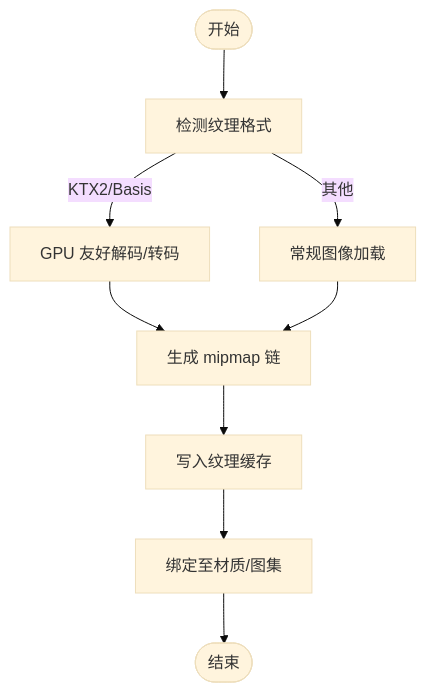
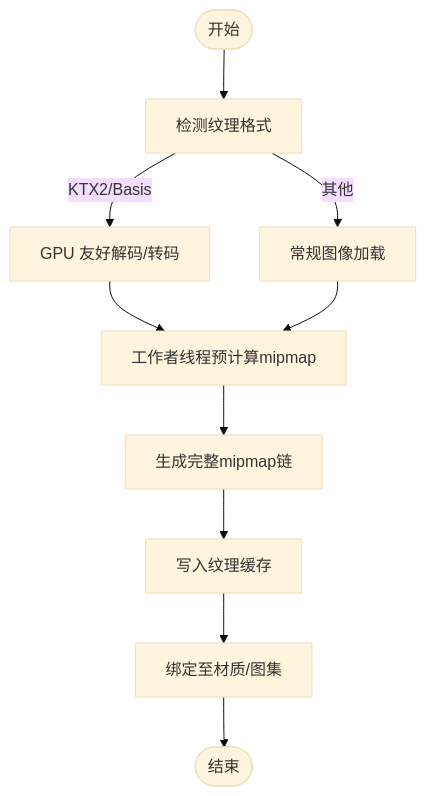
Before and after one commit to rzhangjing/cesium: the fourth of 11 diagrams in .qoder/repowiki/zh/content/项目概述/核心特性/3D渲染引擎/材质与纹理系统.md, drawn with Mermaid (base theme). The commit also changed other lines of this file and 5 other files, not shown here.

````diff
--- a/.qoder/repowiki/zh/content/项目概述/核心特性/3D渲染引擎/材质与纹理系统.md
+++ b/.qoder/repowiki/zh/content/项目概述/核心特性/3D渲染引擎/材质与纹理系统.md
@@ -247,11 +276,12 @@
 ```mermaid
 flowchart TD
 Start(["开始"]) --> Detect["检测纹理格式"]
 Detect --> |KTX2/Basis| Decode["GPU 友好解码/转码"]
 Detect --> |其他| LoadImg["常规图像加载"]
-Decode --> Mipmaps["生成 mipmap 链"]
-LoadImg --> Mipmaps
+Decode --> Worker["工作者线程预计算mipmap"]
+LoadImg --> Worker
+Worker --> Mipmaps["生成完整mipmap链"]
 Mipmaps --> Cache["写入纹理缓存"]
 Cache --> Bind["绑定至材质/图集"]
 Bind --> End(["结束"])
 ```
````
